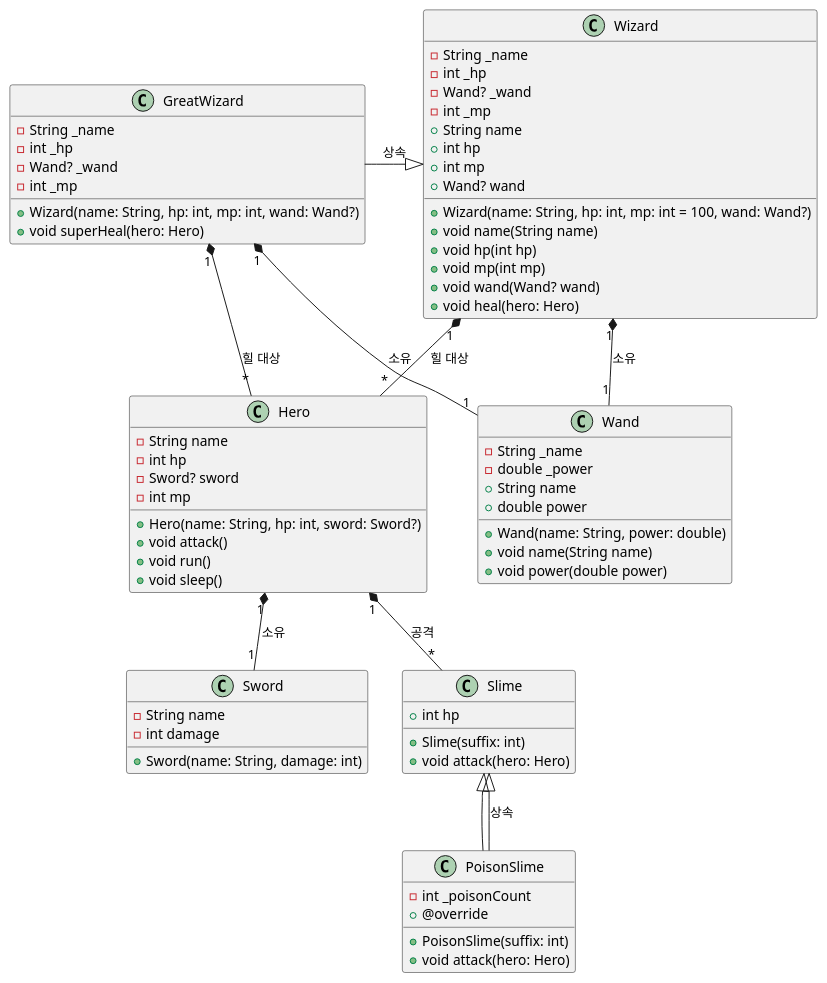
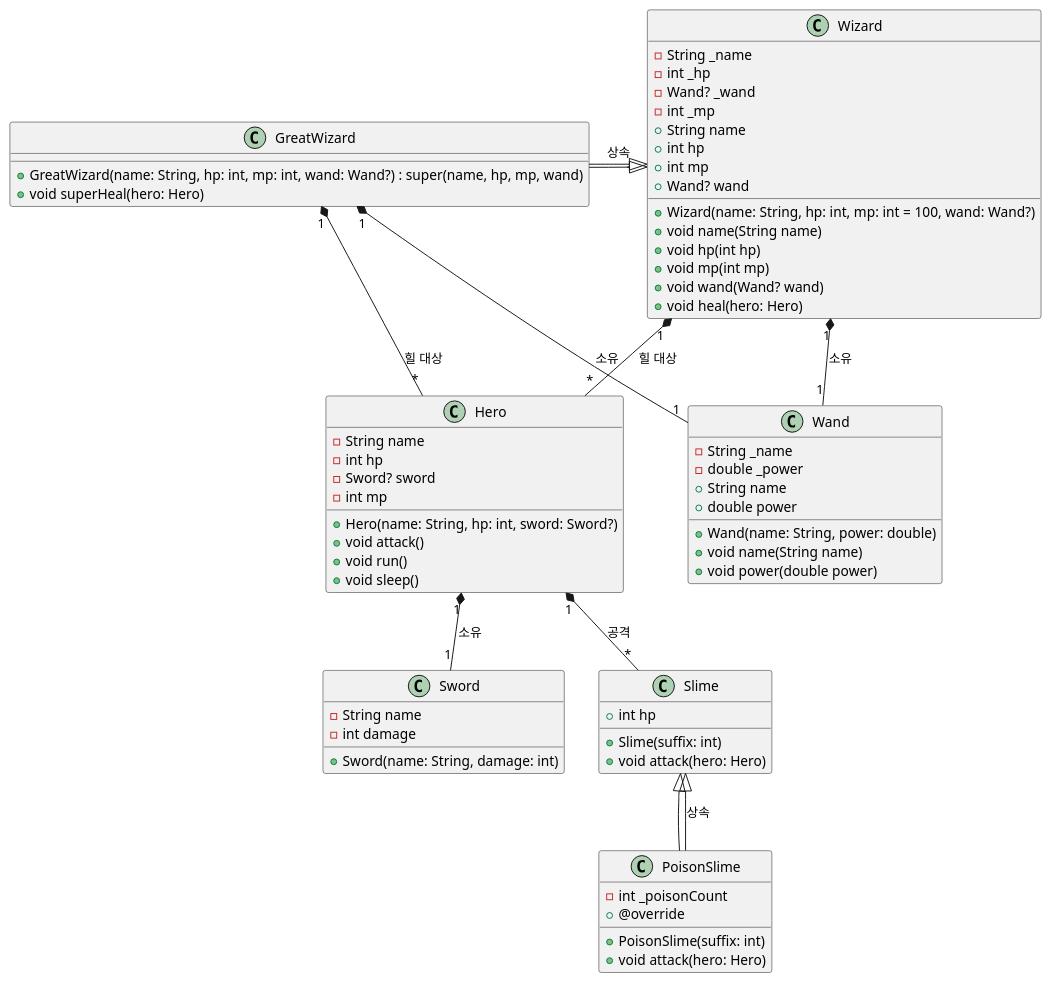
Before and after one commit to SurvivalCodingCampus/modu-3-dart-study: the diagram in assignments/2025-03-18/assignments_uml.wsd, drawn with PlantUML.

Commit message:
FIX: assignments_uml.wsd

```diff
--- a/assignments/2025-03-18/assignments_uml.wsd
+++ b/assignments/2025-03-18/assignments_uml.wsd
@@ -1,84 +1,81 @@
 @startuml
 
 class Hero {
   - String name
   - int hp
   - Sword? sword
   - int mp
   + Hero(name: String, hp: int, sword: Sword?)
   + void attack()
   + void run()
   + void sleep()
 }
 
 class Sword {
   - String name
   - int damage
   + Sword(name: String, damage: int)
 }
 
 class Slime {
   + int hp
   + Slime(suffix: int)
   + void attack(hero: Hero)
 }
 
 
 class PoisonSlime extends Slime {
  - int _poisonCount
   + PoisonSlime(suffix: int)
   + @override
   + void attack(hero: Hero)
 }
 
 
 class Wizard {
   - String _name
   - int _hp
   - Wand? _wand
   - int _mp
   + Wizard(name: String, hp: int, mp: int = 100, wand: Wand?)
   + String name
   + int hp
   + int mp
   + Wand? wand
   + void name(String name)
   + void hp(int hp)
   + void mp(int mp)
   + void wand(Wand? wand)
   + void heal(hero: Hero)
 }
 
 class Wand {
   - String _name
   - double _power
   + Wand(name: String, power: double)
   + String name
   + double power
   + void name(String name)
   + void power(double power)
 }
 
 
-class GreatWizard {
-  - String _name
-  - int _hp
-  - Wand? _wand
-  - int _mp
-  + Wizard(name: String, hp: int, mp: int, wand: Wand?)
-  + void superHeal(hero: Hero)
+
+class GreatWizard extends Wizard {
+ + GreatWizard(name: String, hp: int, mp: int, wand: Wand?) : super(name, hp, mp, wand)
+ + void superHeal(hero: Hero)
 }
 
 ' 관계 정의
 
 Hero "1" *-- "1" Sword : 소유
 Hero "1" *-- "*" Slime : 공격
 Slime <|-- PoisonSlime : 상속
 GreatWizard -|> Wizard : 상속
 Wizard "1" *-- "1" Wand : 소유
 Wizard "1" *-- "*" Hero : 힐 대상
 GreatWizard "1" *-- "1" Wand : 소유
 GreatWizard "1" *-- "*" Hero : 힐 대상
 
 
 @enduml
```
